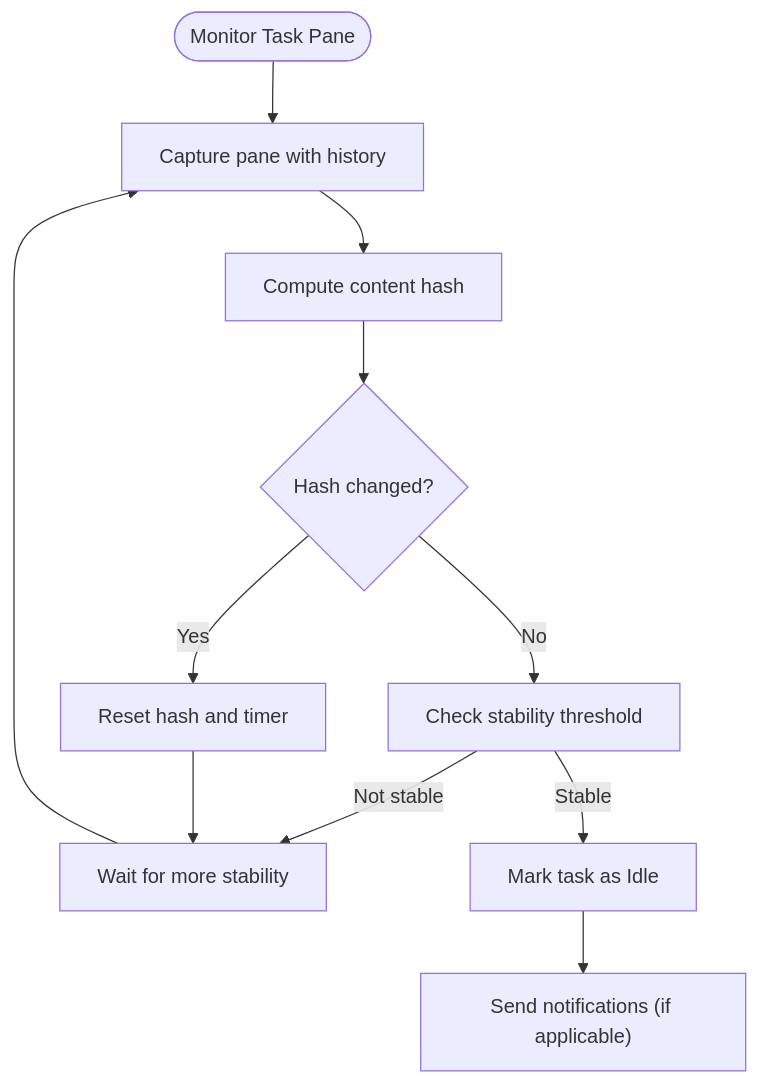
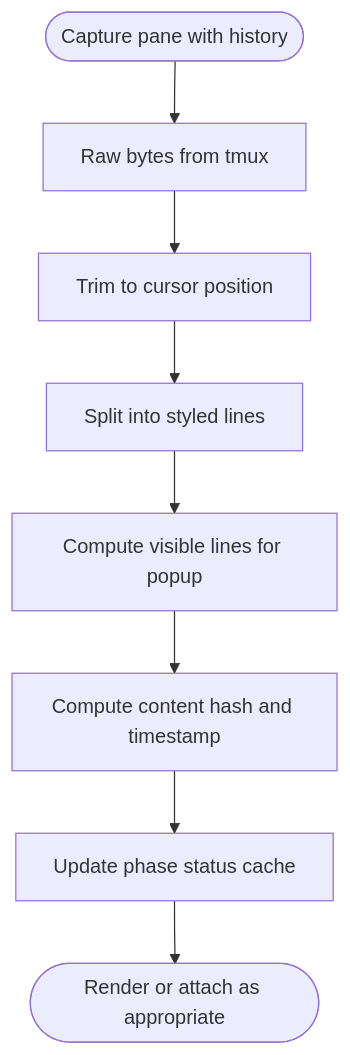
One commit to bramburn/agtx changed the seventh of 9 diagrams in .qoder/repowiki/en/content/tmux Integration/tmux Integration.md. Above: the diagram before and after it, drawn with Mermaid. The commit also changed other lines of this file and 140 other files, not shown here.

````diff
--- a/.qoder/repowiki/en/content/tmux Integration/tmux Integration.md
+++ b/.qoder/repowiki/en/content/tmux Integration/tmux Integration.md
@@ -193,13 +256,10 @@
 ```mermaid
 flowchart TD
-Start(["Monitor Task Pane"]) --> Capture["Capture pane with history"]
-Capture --> Hash["Compute content hash"]
-Hash --> Changed{"Hash changed?"}
-Changed --> |Yes| Reset["Reset hash and timer"]
-Changed --> |No| Stable["Check stability threshold"]
-Stable --> |Not stable| Wait["Wait for more stability"]
-Stable --> |Stable| Idle["Mark task as Idle"]
-Idle --> Notify["Send notifications (if applicable)"]
-Reset --> Wait
-Wait --> Capture
+Start(["Capture pane with history"]) --> Bytes["Raw bytes from tmux"]
+Bytes --> Trim["Trim to cursor position"]
+Trim --> Lines["Split into styled lines"]
+Lines --> Visible["Compute visible lines for popup"]
+Visible --> Hash["Compute content hash and timestamp"]
+Hash --> Status["Update phase status cache"]
+Status --> End(["Render or attach as appropriate"])
 ```
````
